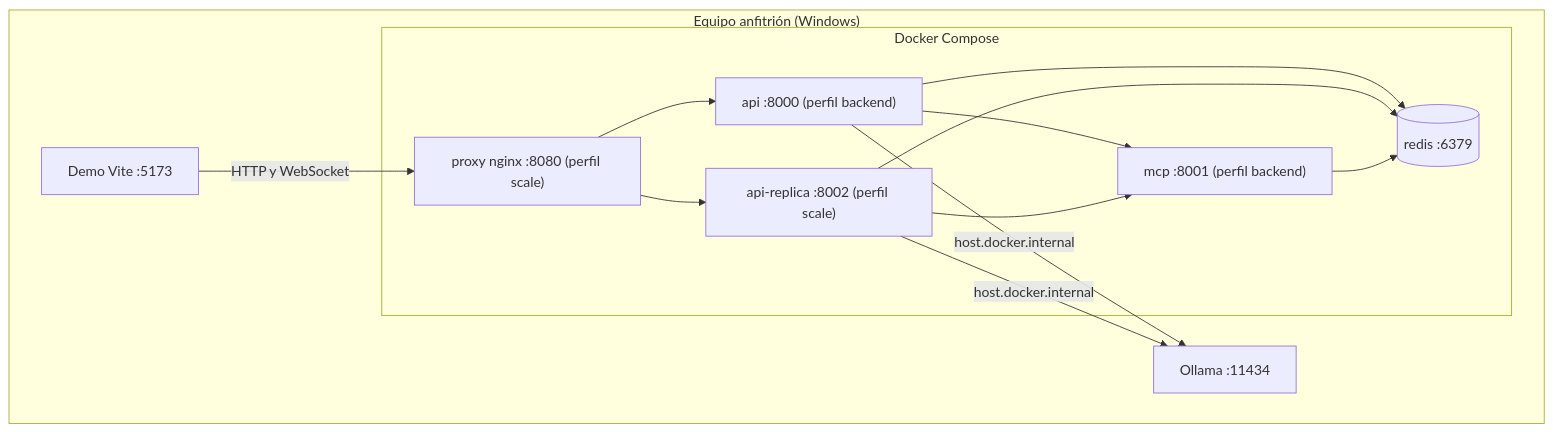
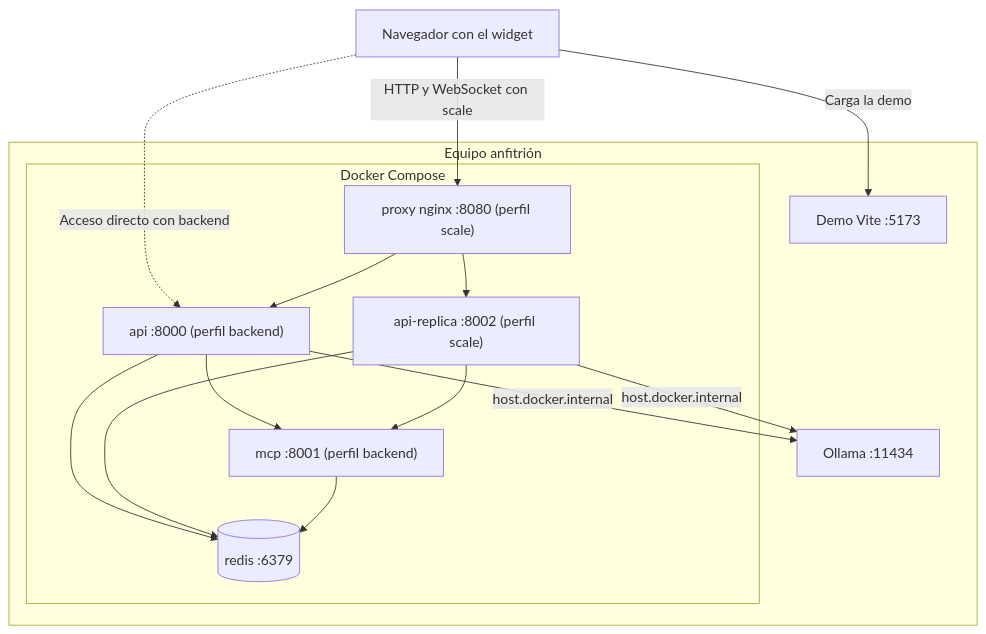
One commit to Juanjoo-Alvarez/ChatAgent_IA changed the second of 2 diagrams in docs/arquitectura/ALTO-NIVEL.md. Above: the diagram before and after it, drawn with Mermaid. The commit also changed other lines of this file and 2 other files, not shown here.

Commit message:
docs: adjust information in the diagrams

````diff
--- a/docs/arquitectura/ALTO-NIVEL.md
+++ b/docs/arquitectura/ALTO-NIVEL.md
@@ -87,24 +45,27 @@
 ```mermaid
 flowchart TB
-    subgraph Host["Equipo anfitrión (Windows)"]
+    B["Navegador con el widget"]
+    subgraph Host["Equipo anfitrión"]
         DEMO["Demo Vite :5173"]
         OLLAMA["Ollama :11434"]
         subgraph Docker["Docker Compose"]
             PROXY["proxy nginx :8080 (perfil scale)"]
             API["api :8000 (perfil backend)"]
             REPLICA["api-replica :8002 (perfil scale)"]
             MCPS["mcp :8001 (perfil backend)"]
             REDIS[("redis :6379")]
         end
     end
-    DEMO -- "HTTP y WebSocket" --> PROXY
+    B -- "Carga la demo" --> DEMO
+    B -- "HTTP y WebSocket con scale" --> PROXY
+    B -. "Acceso directo con backend" .-> API
     PROXY --> API
     PROXY --> REPLICA
     API --> MCPS
     REPLICA --> MCPS
     API --> REDIS
     REPLICA --> REDIS
     MCPS --> REDIS
     API -- "host.docker.internal" --> OLLAMA
     REPLICA -- "host.docker.internal" --> OLLAMA
 ```
````
